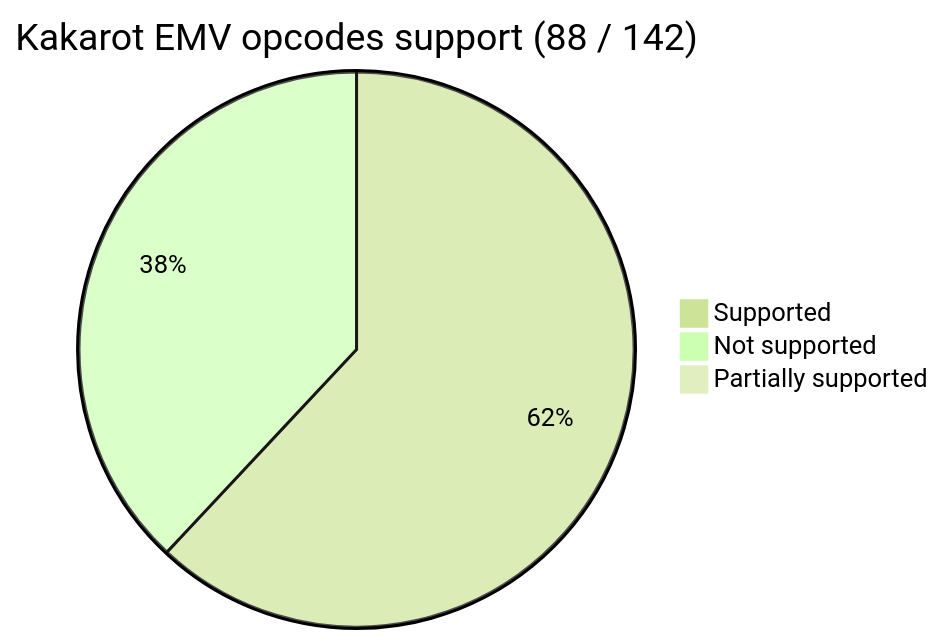
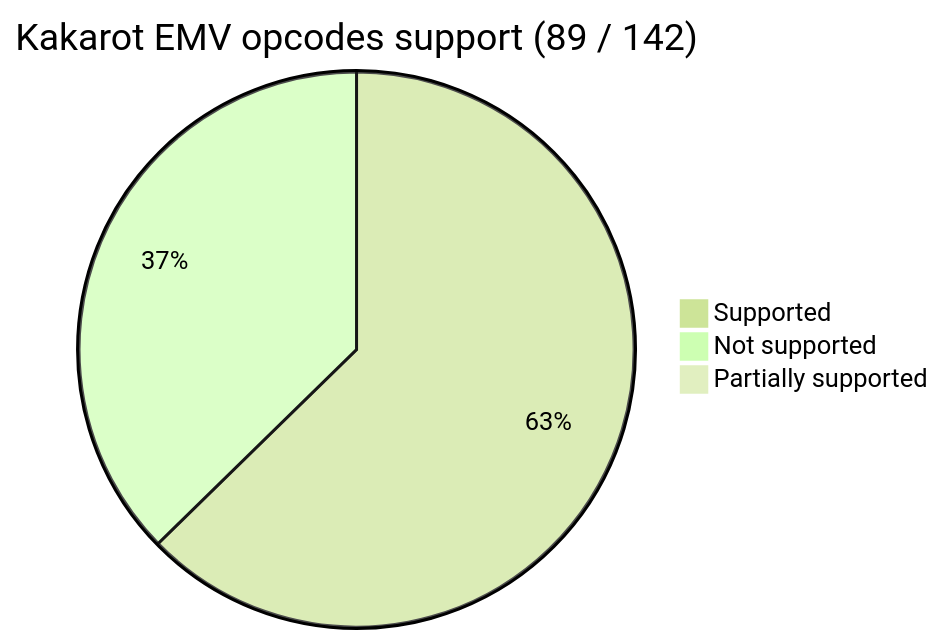
One commit to kkrt-labs/kakarot changed the first of 2 diagrams in README.md. Above: the diagram before and after it, drawn with Mermaid. The commit also changed 6 other files, not shown here.

````diff
--- a/README.md
+++ b/README.md
@@ -40,7 +40,7 @@
 ```mermaid
 %%{init: {'theme': 'forest', 'themeVariables': { 'darkMode': 'false'}}}%%
-pie title Kakarot EMV opcodes support (88 / 142)
-    "Supported" : 88
-    "Not supported" : 54
+pie title Kakarot EMV opcodes support (89 / 142)
+    "Supported" : 89
+    "Not supported" : 53
     "Partially supported" : 0
 ```
````
